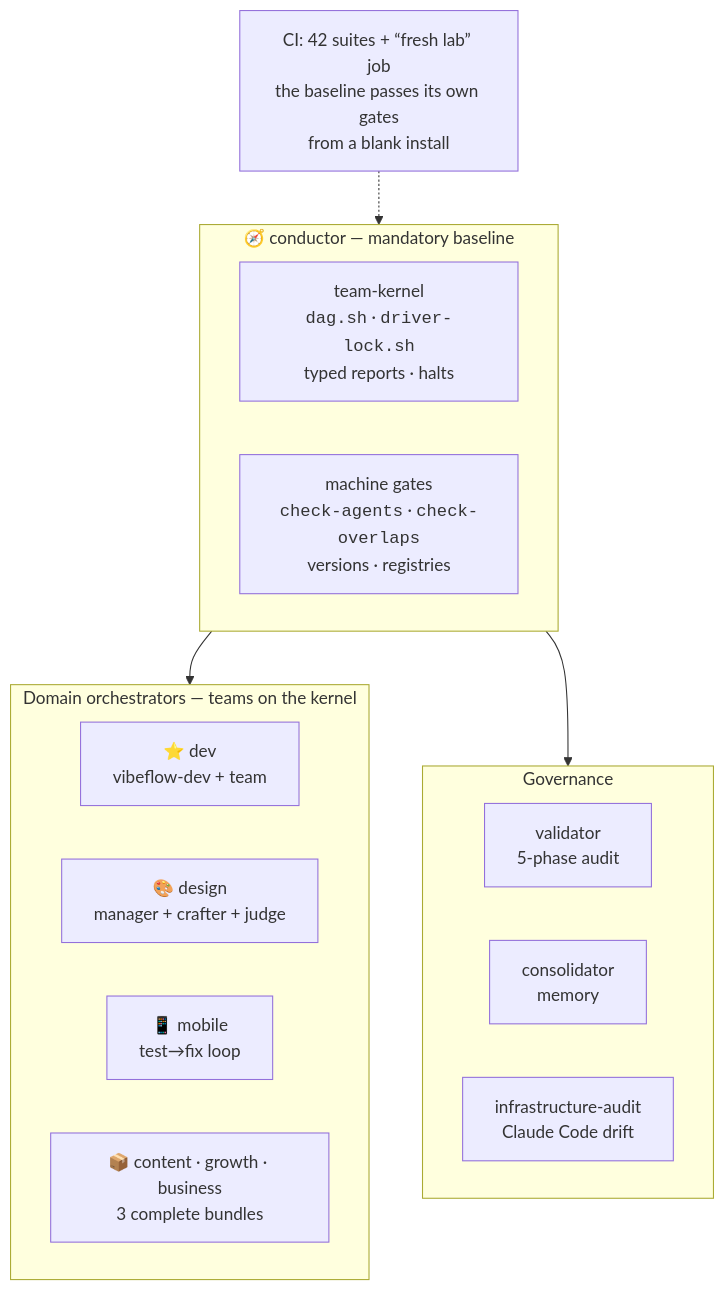
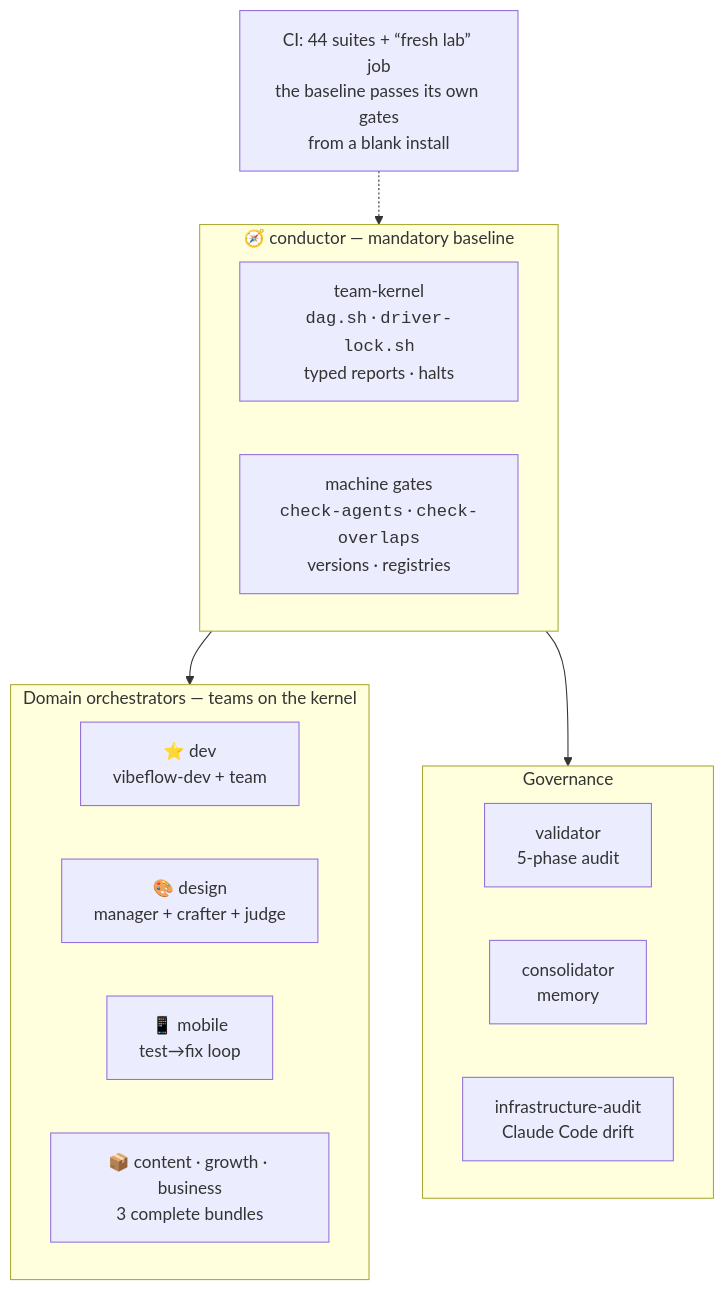
Before and after one commit to picmakpro/vibeflow-os: the fourth of 4 diagrams in README.md, drawn with Mermaid. The commit also changed other lines of this file and 5 other files, not shown here.

````diff
--- a/README.md
+++ b/README.md
@@ -146,21 +146,21 @@
 ```mermaid
 flowchart TD
     subgraph socle["🧭 conductor — mandatory baseline"]
         K["team-kernel<br/><code>dag.sh</code> · <code>driver-lock.sh</code><br/>typed reports · halts"]
         G["machine gates<br/><code>check-agents</code> · <code>check-overlaps</code><br/>versions · registries"]
     end
     subgraph orch["Domain orchestrators — teams on the kernel"]
         DEV["⭐ dev<br/>vibeflow-dev + team"]
         DES["🎨 design<br/>manager + crafter + judge"]
         MOB["📱 mobile<br/>test→fix loop"]
         BIZ["📦 content · growth · business<br/>3 complete bundles"]
     end
     subgraph gouv["Governance"]
         V["validator<br/>5-phase audit"]
         CO["consolidator<br/>memory"]
         IA["infrastructure-audit<br/>Claude Code drift"]
     end
     socle --> orch
     socle --> gouv
-    CI["CI: 42 suites + “fresh lab” job<br/>the baseline passes its own gates<br/>from a blank install"] -.-> socle
+    CI["CI: 44 suites + “fresh lab” job<br/>the baseline passes its own gates<br/>from a blank install"] -.-> socle
 ```
````
